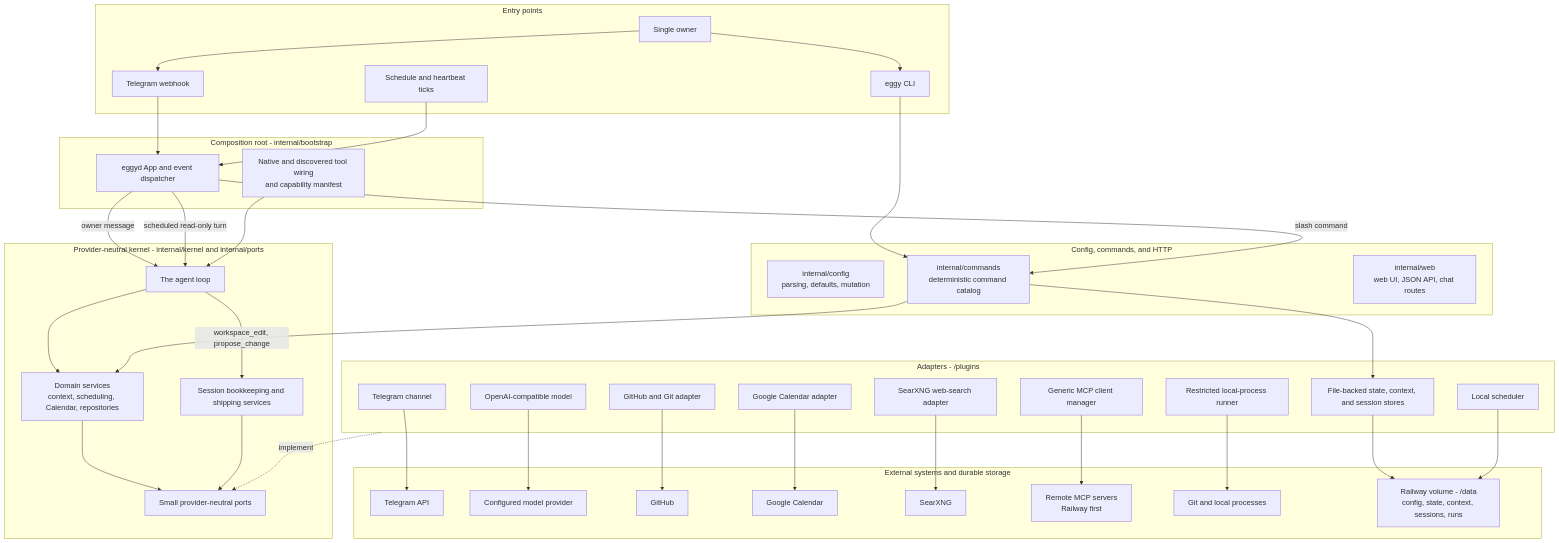
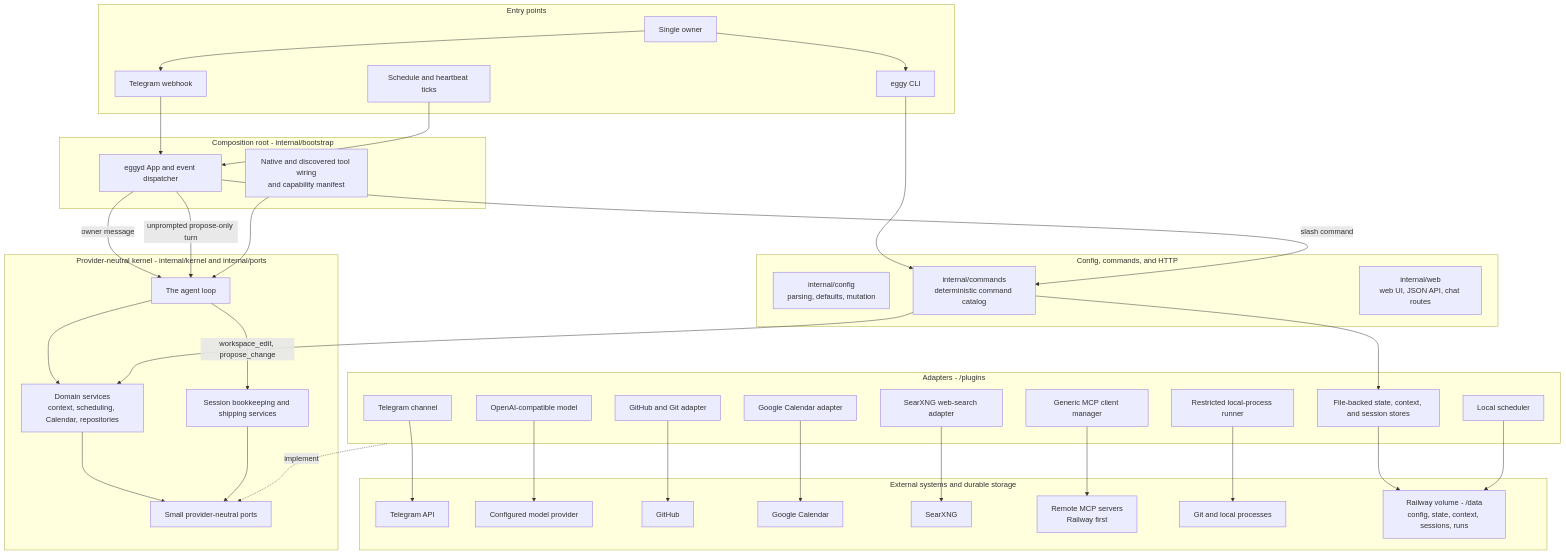
One commit to nigelteosw/eggy changed the diagram in docs/ARCHITECTURE.md. Above: the diagram before and after it, drawn with Mermaid. The commit also changed other lines of this file and 20 other files, not shown here.

First line of the commit message:
Allow scheduled turns to propose draft changes

````diff
--- a/docs/ARCHITECTURE.md
+++ b/docs/ARCHITECTURE.md
@@ -31,81 +31,81 @@
 ```mermaid
 flowchart TB
     subgraph entry[Entry points]
         owner[Single owner]
         telegram[Telegram webhook]
         cli[eggy CLI]
         clock[Schedule and heartbeat ticks]
 
         owner --> telegram
         owner --> cli
     end
 
     subgraph composition[Composition root - internal/bootstrap]
         daemon[eggyd App and event dispatcher]
         registry[Native and discovered tool wiring<br/>and capability manifest]
     end
 
     subgraph surfaces[Config, commands, and HTTP]
         settings[internal/config<br/>parsing, defaults, mutation]
         commands[internal/commands<br/>deterministic command catalog]
         httpapi[internal/web<br/>web UI, JSON API, chat routes]
     end
 
     telegram --> daemon
     clock --> daemon
     cli --> commands
     daemon -->|slash command| commands
 
     subgraph kernel[Provider-neutral kernel - internal/kernel and internal/ports]
         outer[The agent loop]
         services[Domain services<br/>context, scheduling, Calendar, repositories]
         coding[Session bookkeeping and shipping services]
         ports[Small provider-neutral ports]
 
         outer --> services
         outer -->|workspace_edit, propose_change| coding
         services --> ports
         coding --> ports
     end
 
     daemon -->|owner message| outer
-    daemon -->|scheduled read-only turn| outer
+    daemon -->|unprompted propose-only turn| outer
     commands --> services
     registry --> outer
 
     subgraph adapters[Adapters - /plugins]
         channelAdapter[Telegram channel]
         modelAdapter[OpenAI-compatible model]
         repositoryAdapter[GitHub and Git adapter]
         runnerAdapter[Restricted local-process runner]
         calendarAdapter[Google Calendar adapter]
         searchAdapter[SearXNG web-search adapter]
         mcpAdapter[Generic MCP client manager]
         stores[File-backed state, context, and session stores]
         schedulerAdapter[Local scheduler]
     end
 
     adapters -. implement .-> ports
     commands --> stores
 
     subgraph systems[External systems and durable storage]
         telegramAPI[Telegram API]
         modelAPI[Configured model provider]
         github[GitHub]
         google[Google Calendar]
         searxng[SearXNG]
         mcpServers[Remote MCP servers<br/>Railway first]
         process[Git and local processes]
         data[Railway volume - /data<br/>config, state, context, sessions, runs]
     end
 
     channelAdapter --> telegramAPI
     modelAdapter --> modelAPI
     repositoryAdapter --> github
     runnerAdapter --> process
     calendarAdapter --> google
     searchAdapter --> searxng
     mcpAdapter --> mcpServers
     stores --> data
     schedulerAdapter --> data
 ```
````
